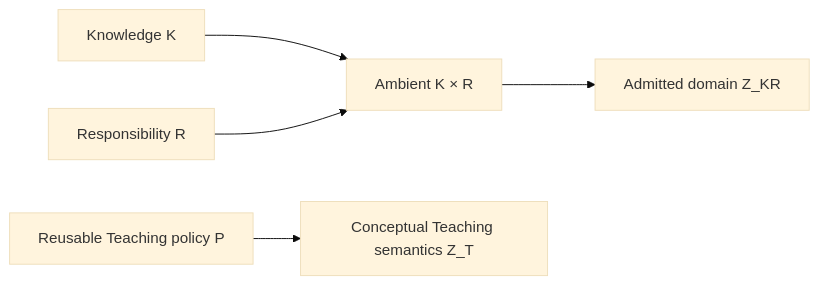
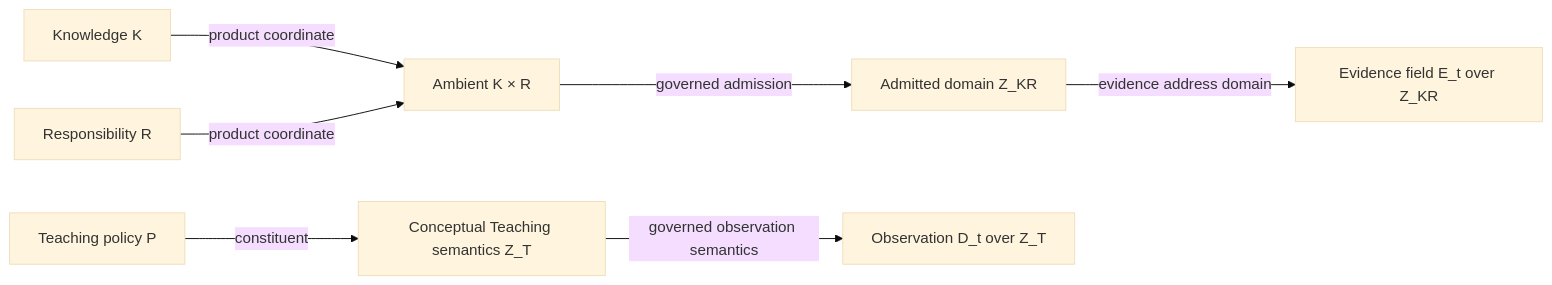
The first of 7 diagrams in content/architecture.md (thatao72/three-twin-docs), drawn with Mermaid (base theme) before and after one commit. The commit also changed other lines of this file, not shown here.

Commit message:
Clarify object-map notation and assessment flow

````diff
--- a/content/architecture.md
+++ b/content/architecture.md
@@ -88,14 +93,18 @@
 ```mermaid
 flowchart LR
     K["Knowledge K"]
     R["Responsibility R"]
     A["Ambient K × R"]
     ZKR["Admitted domain Z_KR"]
+    P["Teaching policy P"]
     ZT["Conceptual Teaching semantics Z_T"]
-    P["Reusable Teaching policy P"]
+    D["Observation D_t over Z_T"]
+    E["Evidence field E_t over Z_KR"]
 
-    K --> A
-    R --> A
-    A --> ZKR
-    P --> ZT
+    K -->|"product coordinate"| A
+    R -->|"product coordinate"| A
+    A -->|"governed admission"| ZKR
+    P -->|"constituent"| ZT
+    ZT -->|"governed observation semantics"| D
+    ZKR -->|"evidence address domain"| E
 ```
````
